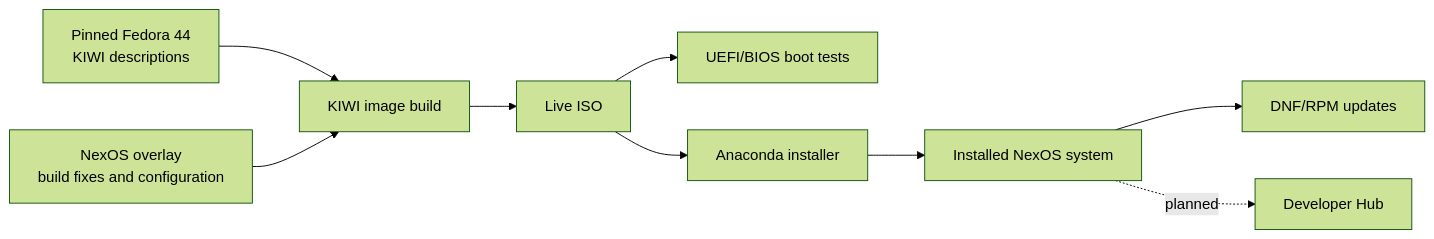
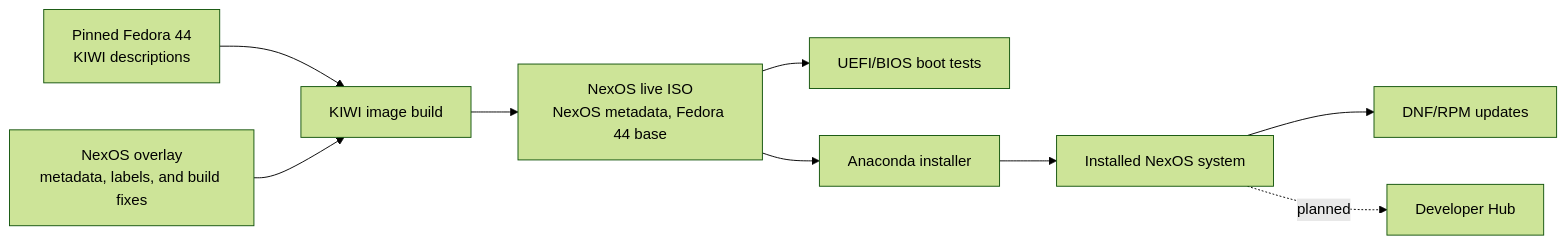
Before and after one commit to milandahal1000/NexOS: the first of 2 diagrams in README.md, drawn with Mermaid (forest theme). The commit also changed other lines of this file and 10 other files, not shown here.

Commit message:
phase 3: add NexOS image identity and ISO labels

````diff
--- a/README.md
+++ b/README.md
@@ -110,11 +123,11 @@
 ```mermaid
 flowchart LR
     A[Pinned Fedora 44<br/>KIWI descriptions] --> C[KIWI image build]
-    B[NexOS overlay<br/>build fixes and configuration] --> C
-    C --> D[Live ISO]
+    B[NexOS overlay<br/>metadata, labels, and build fixes] --> C
+    C --> D[NexOS live ISO<br/>NexOS metadata, Fedora 44 base]
     D --> E[UEFI/BIOS boot tests]
     D --> F[Anaconda installer]
     F --> G[Installed NexOS system]
     G --> H[DNF/RPM updates]
     G -. planned .-> I[Developer Hub]
 ```
````
